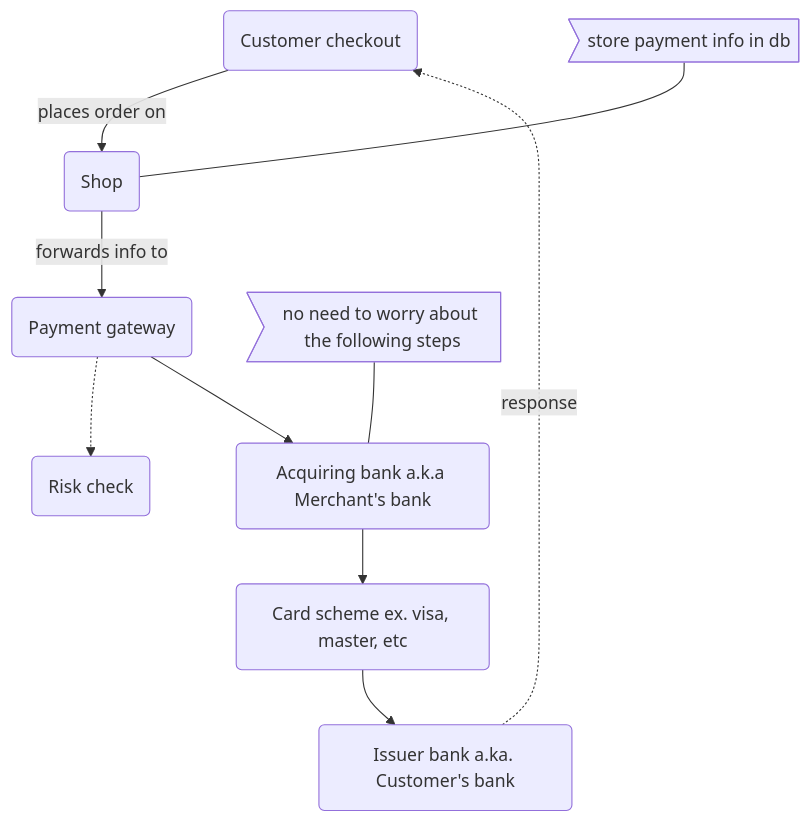
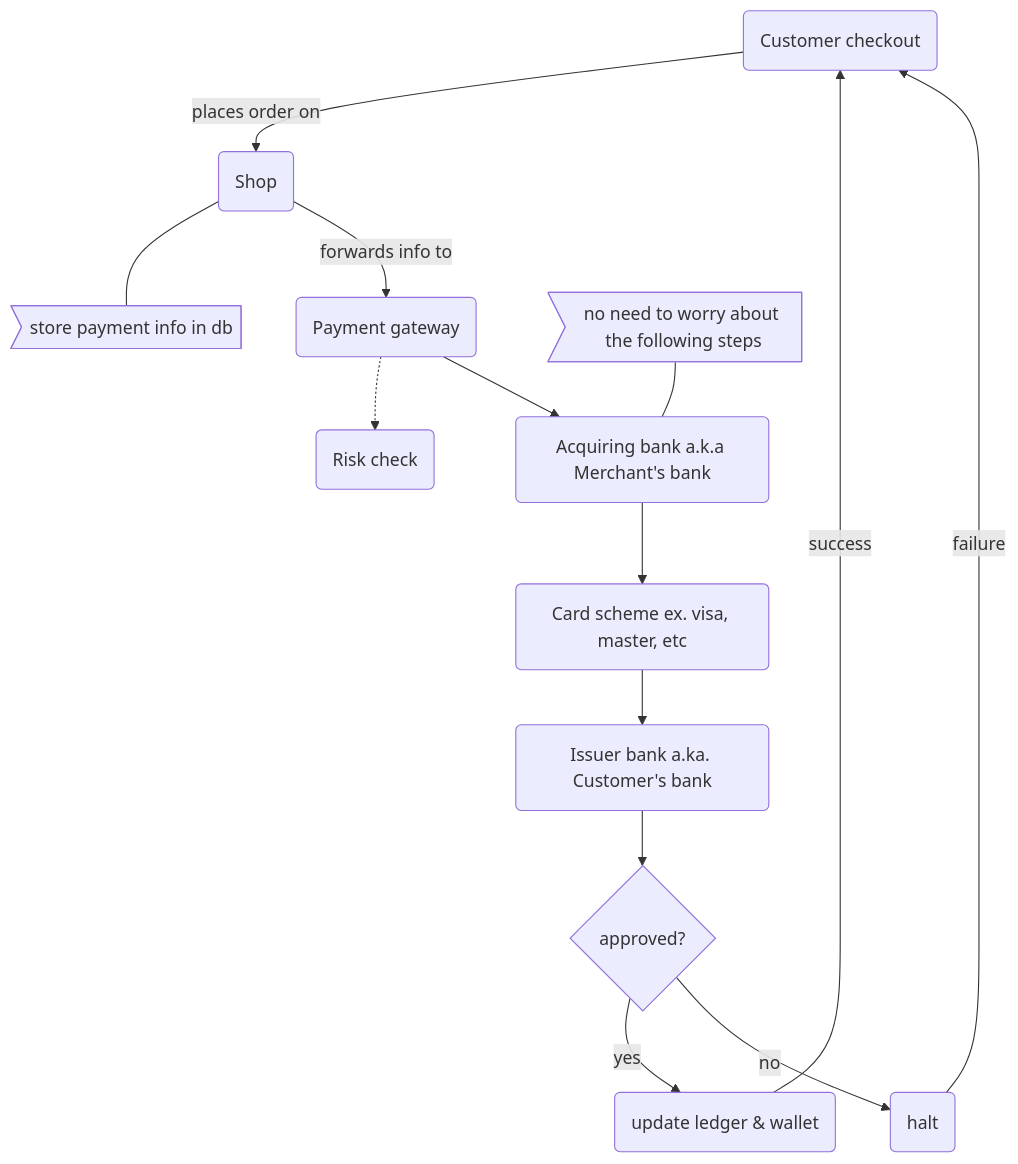
The diagram in README.md (Isuru2701/payment-service), drawn with Mermaid before and after one commit.

Commit message:
more revisions

````diff
--- a/README.md
+++ b/README.md
@@ -10,12 +10,15 @@
 ```mermaid
 graph TD
     A(Customer checkout) -->|places order on| B(Shop)
-    note1>store payment info in db] --- B
+    B --- note1>store payment info in db]
     B --> |forwards info to| C(Payment gateway) -.-> D(Risk check)
-    note2>no need to worry about the following steps] --- E
+    note2>no need to worry about the following steps] ---E
     C --> E(Acquiring bank a.k.a Merchant's bank)
     E --> F(Card scheme ex. visa, master, etc)
     F --> G(Issuer bank a.ka. Customer's bank)
-    G -.-> |response| A
+    G --> if{approved?} --> |yes| H(update ledger & wallet)
+    
+    if --> |no| I(halt) --> |failure| A
+    H --> |success|A
     
 ```
````
